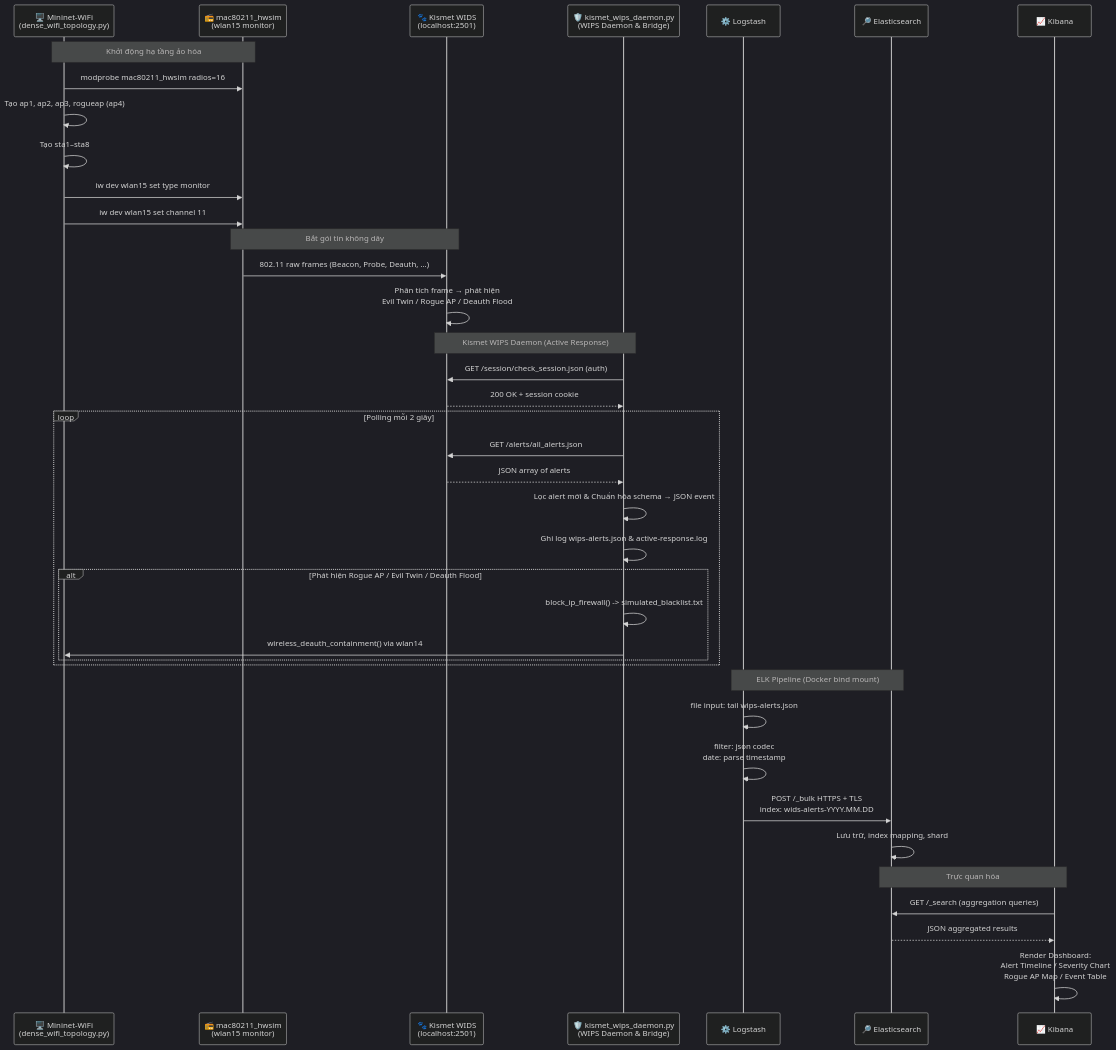
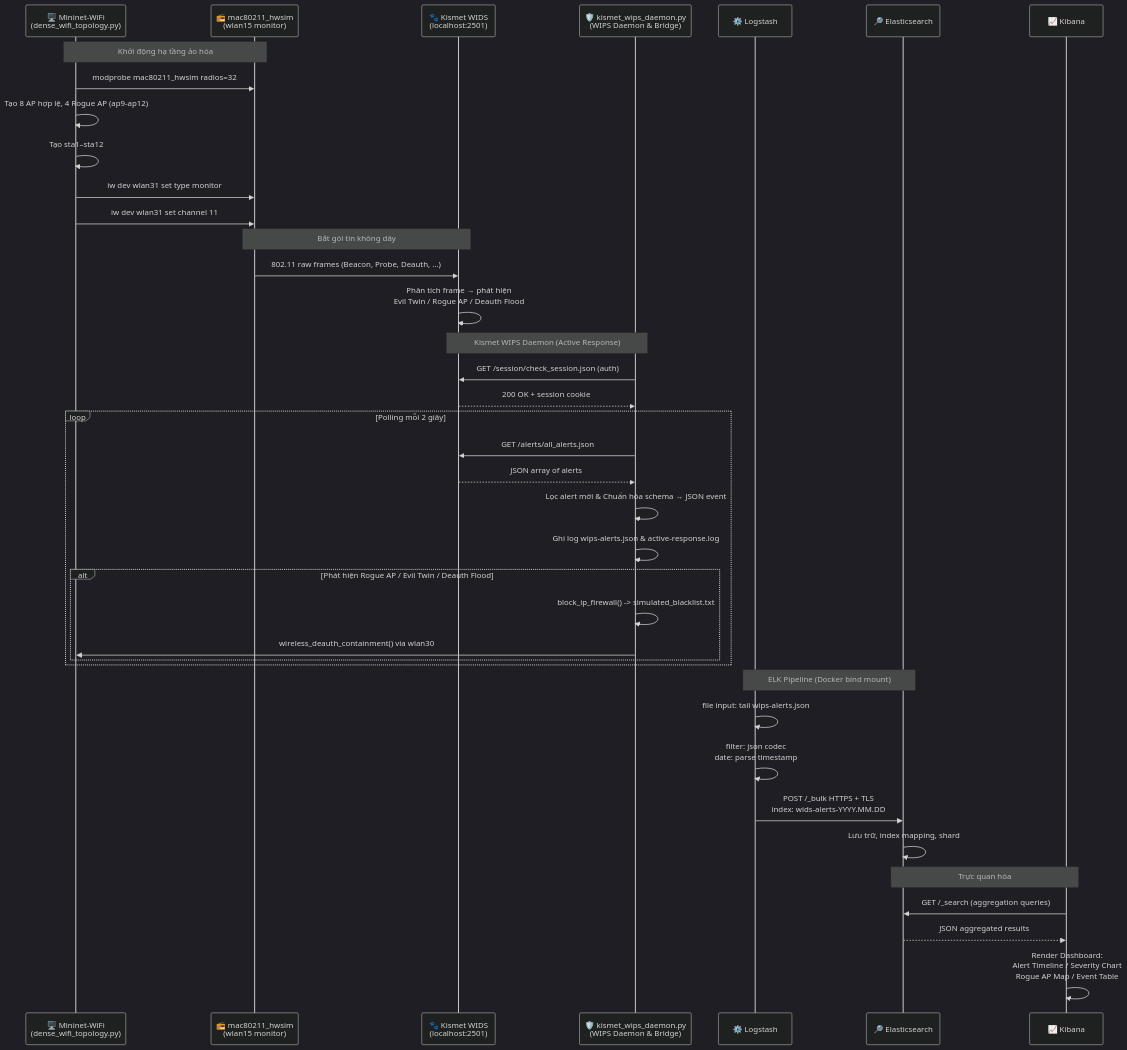
One commit to ph4n10m1808/wireless-mobile-network-security-project changed the second of 7 diagrams in DATA_FLOW.md. Above: the diagram before and after it, drawn with Mermaid (dark theme). The commit also changed other lines of this file and 8 other files, not shown here.

````diff
--- a/DATA_FLOW.md
+++ b/DATA_FLOW.md
@@ -60,48 +60,48 @@
 ```mermaid
 sequenceDiagram
     participant MN  as 🖥️ Mininet-WiFi<br/>(dense_wifi_topology.py)
     participant HW  as 📻 mac80211_hwsim<br/>(wlan15 monitor)
     participant KS  as 🐾 Kismet WIDS<br/>(localhost:2501)
     participant WD  as 🛡️ kismet_wips_daemon.py<br/>(WIPS Daemon & Bridge)
     participant LS  as ⚙️ Logstash
     participant ES  as 🔎 Elasticsearch
     participant KB  as 📈 Kibana
 
     Note over MN,HW: Khởi động hạ tầng ảo hóa
-    MN->>HW: modprobe mac80211_hwsim radios=16
-    MN->>MN: Tạo ap1, ap2, ap3, rogueap (ap4)
-    MN->>MN: Tạo sta1–sta8
-    MN->>HW: iw dev wlan15 set type monitor
-    MN->>HW: iw dev wlan15 set channel 11
+    MN->>HW: modprobe mac80211_hwsim radios=32
+    MN->>MN: Tạo 8 AP hợp lệ, 4 Rogue AP (ap9-ap12)
+    MN->>MN: Tạo sta1–sta12
+    MN->>HW: iw dev wlan31 set type monitor
+    MN->>HW: iw dev wlan31 set channel 11
 
     Note over HW,KS: Bắt gói tin không dây
     HW->>KS: 802.11 raw frames (Beacon, Probe, Deauth, ...)
     KS->>KS: Phân tích frame → phát hiện<br/>Evil Twin / Rogue AP / Deauth Flood
 
 
 
     Note over KS,WD: Kismet WIPS Daemon (Active Response)
     WD->>KS: GET /session/check_session.json (auth)
     KS-->>WD: 200 OK + session cookie
     loop Polling mỗi 2 giây
         WD->>KS: GET /alerts/all_alerts.json
         KS-->>WD: JSON array of alerts
         WD->>WD: Lọc alert mới & Chuẩn hóa schema → JSON event
         WD->>WD: Ghi log wips-alerts.json & active-response.log
         alt Phát hiện Rogue AP / Evil Twin / Deauth Flood
             WD->>WD: block_ip_firewall() -> simulated_blacklist.txt
-            WD->>MN: wireless_deauth_containment() via wlan14
+            WD->>MN: wireless_deauth_containment() via wlan30
         end
     end
 
     Note over LS,ES: ELK Pipeline (Docker bind mount)
     LS->>LS: file input: tail wips-alerts.json
     LS->>LS: filter: json codec<br/>date: parse timestamp
     LS->>ES: POST /_bulk HTTPS + TLS<br/>index: wids-alerts-YYYY.MM.DD
     ES->>ES: Lưu trữ, index mapping, shard
 
     Note over ES,KB: Trực quan hóa
     KB->>ES: GET /_search (aggregation queries)
     ES-->>KB: JSON aggregated results
     KB->>KB: Render Dashboard:<br/>Alert Timeline / Severity Chart<br/>Rogue AP Map / Event Table
 ```
````
